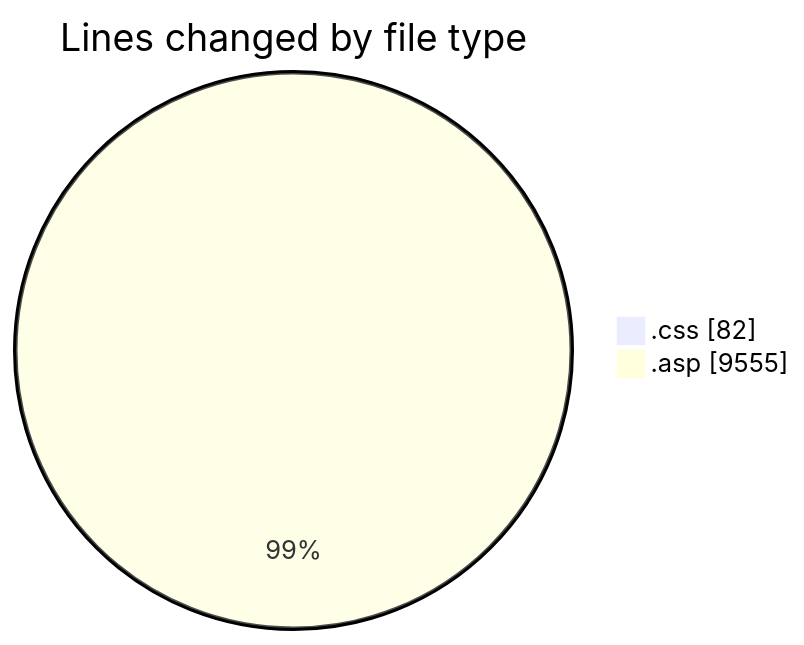
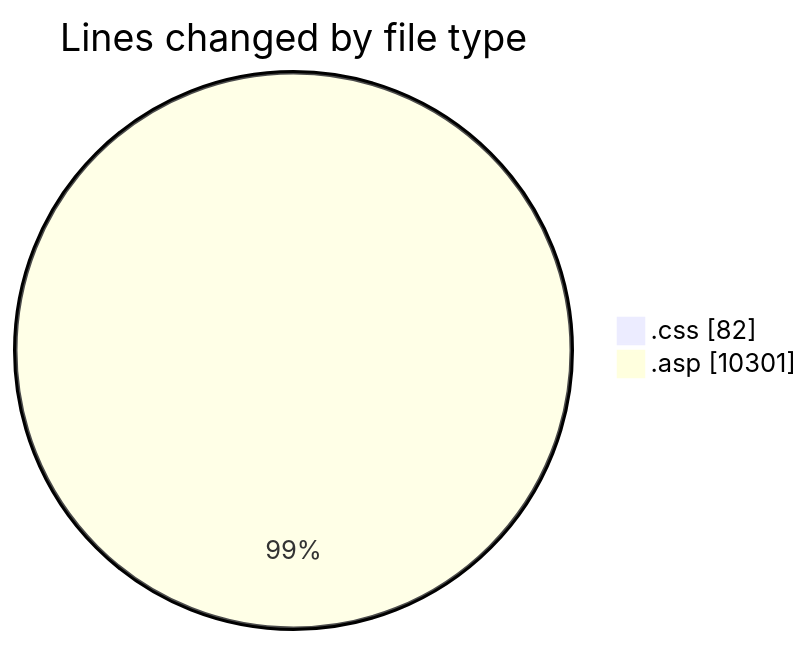
One commit to julien-gomy/code-tracking changed the first of 2 diagrams in 2025-11-16/cdp_aleoudev_fr__workspace_/README.md. Above: the diagram before and after it, drawn with Mermaid. The commit also changed other lines of this file and 1 other file, not shown here.

````diff
--- a/2025-11-16/cdp_aleoudev_fr__workspace_/README.md
+++ b/2025-11-16/cdp_aleoudev_fr__workspace_/README.md
@@ -33,6 +34,6 @@
 ```mermaid
 pie showData
 title Lines changed by file type
 ".css" : 82
-".asp" : 9555
+".asp" : 10301
 ```
````
